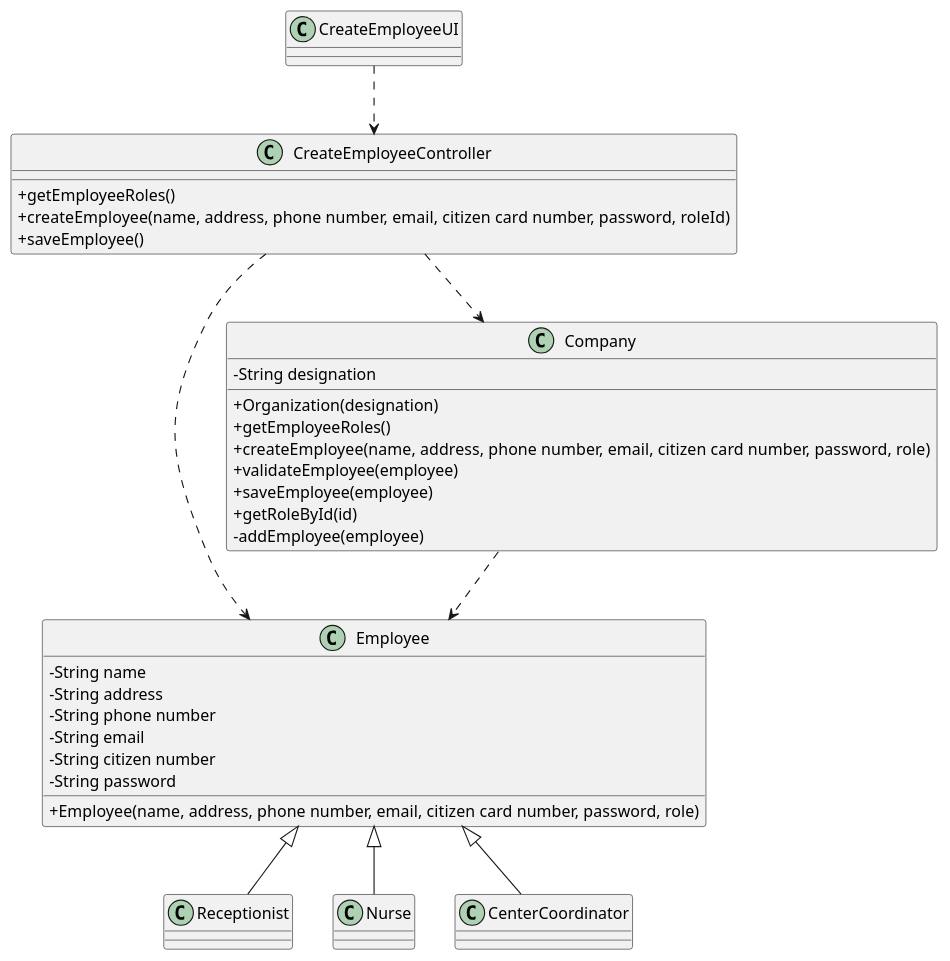
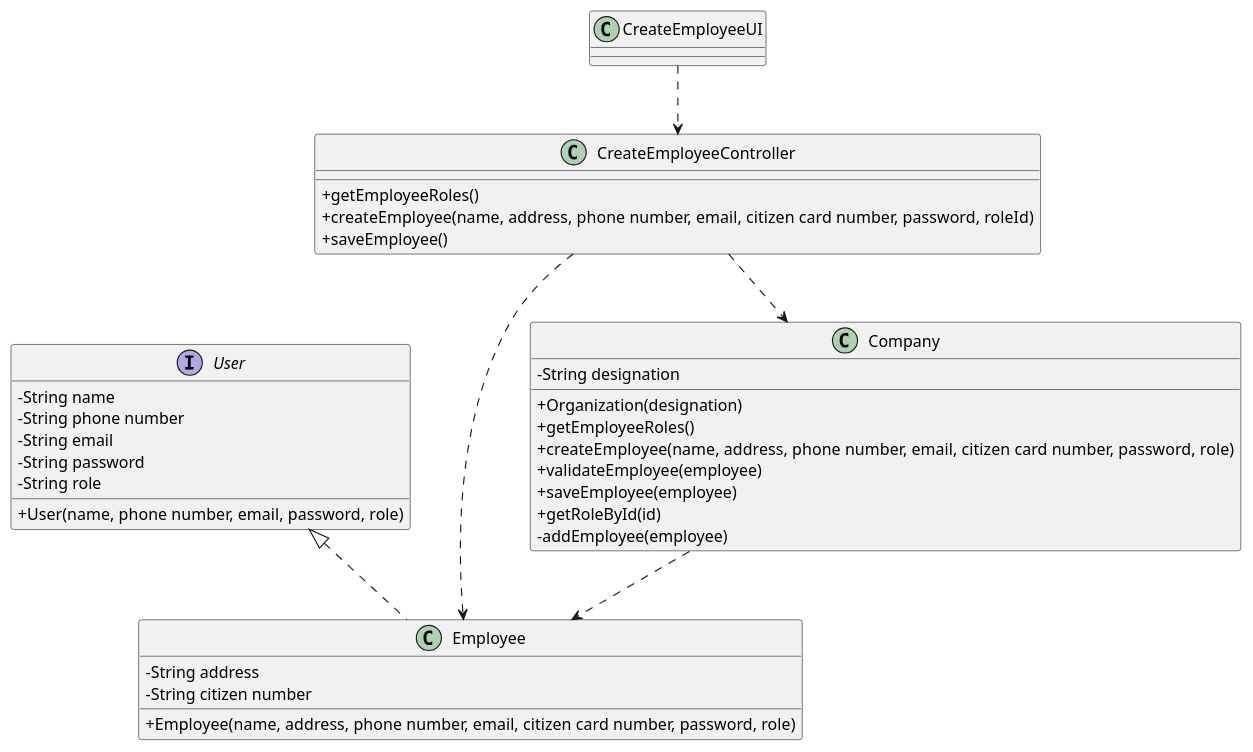
One commit to miseEnPlace-i/lapr2 changed the diagram in docs/SprintB/US10/CD/US10_CD.puml. Above: the diagram before and after it, drawn with PlantUML. The commit also changed 1 other file, not shown here.

Commit message:
docs(us-10): updated cd and dm - deleted recep, nurse and coord classes

```diff
--- a/docs/SprintB/US10/CD/US10_CD.puml
+++ b/docs/SprintB/US10/CD/US10_CD.puml
@@ -1,51 +1,45 @@
 @startuml US10_CD
 skinparam classAttributeIconSize 0
 
 class Employee {
-  -String name
   -String address
-  -String phone number
-  -String email
   -String citizen number
-  -String password
   +Employee(name, address, phone number, email, citizen card number, password, role)
 }
 
-class Receptionist {  
-}
-
-class Nurse {
-}
-
-class CenterCoordinator {
+interface User {  
+  -String name
+  -String phone number
+  -String email
+  -String password
+  -String role
+  +User(name, phone number, email, password, role)
 }
 
 class Company {
   -String designation
   +Organization(designation)
   +getEmployeeRoles()
   +createEmployee(name, address, phone number, email, citizen card number, password, role)
   +validateEmployee(employee)
   +saveEmployee(employee)
   +getRoleById(id)
   -addEmployee(employee)
 }
 
 class CreateEmployeeController {
   +getEmployeeRoles()
   +createEmployee(name, address, phone number, email, citizen card number, password, roleId)
   +saveEmployee()
 }
 
 class CreateEmployeeUI {
 }
 
 CreateEmployeeUI ..> CreateEmployeeController
 CreateEmployeeController ..> Employee
 CreateEmployeeController ..> Company
 Company ..> Employee
-Employee <|-- Receptionist
-Employee <|-- Nurse
-Employee <|-- CenterCoordinator
+User <|.. Employee 
 
 @enduml
```
